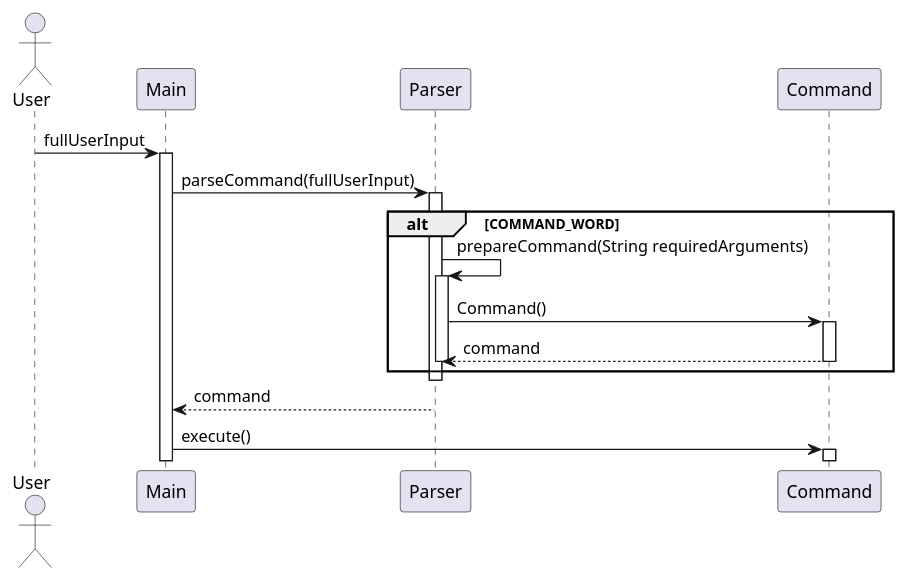
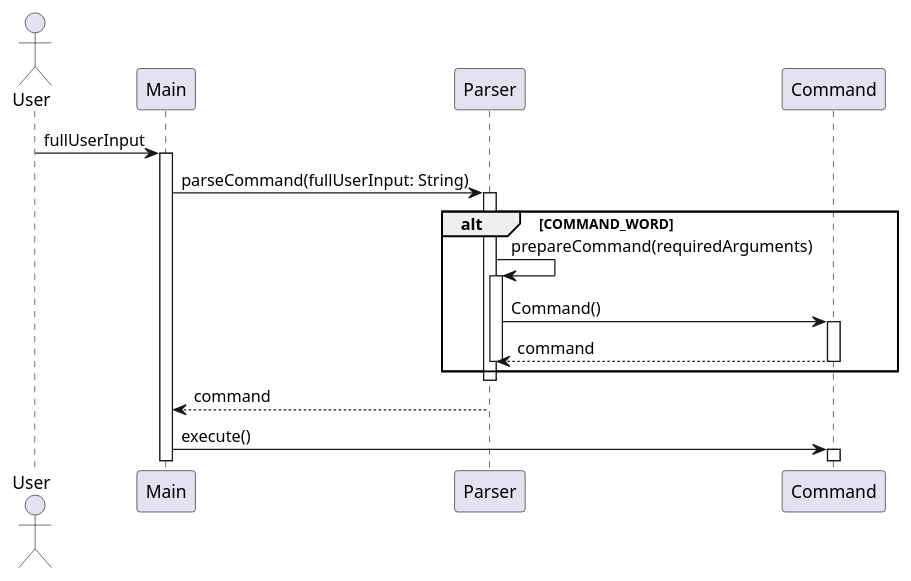
Before and after one commit to nus-cs2113-AY2324S1/tp: the diagram in docs/Parser.puml, drawn with PlantUML.

Commit message:
Update Parser.puml with parameter type

```diff
--- a/docs/Parser.puml
+++ b/docs/Parser.puml
@@ -1,26 +1,26 @@
 @startuml
 'https://plantuml.com/sequence-diagram
 
 actor User
 
 User -> Main: fullUserInput
 activate Main
-Main -> Parser: parseCommand(fullUserInput)
+Main -> Parser: parseCommand(fullUserInput: String)
 activate Parser
 
 alt COMMAND_WORD
-Parser -> Parser: prepareCommand(String requiredArguments)
+Parser -> Parser: prepareCommand(requiredArguments)
 activate Parser
 Parser -> Command: Command()
 activate Command
 Command --> Parser: command
 deactivate Command
 deactivate Parser
 end alt
 
 deactivate Parser
 
 Parser --> Main: command
 Main -> Command: execute()
 activate Command
 @enduml
```
